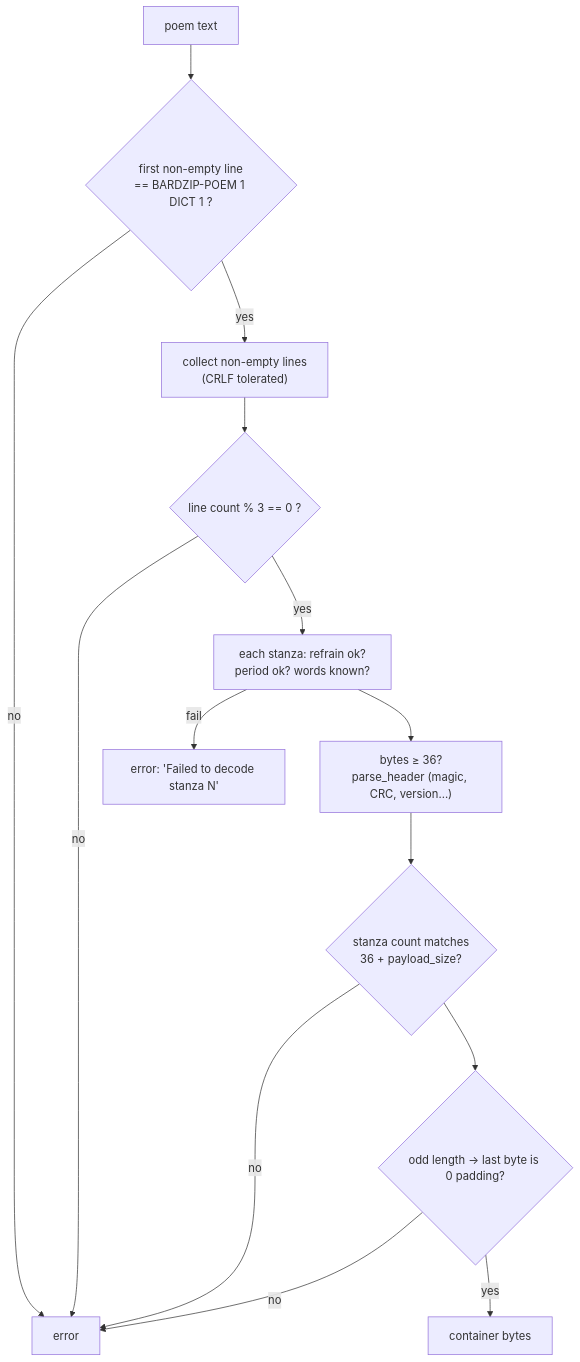
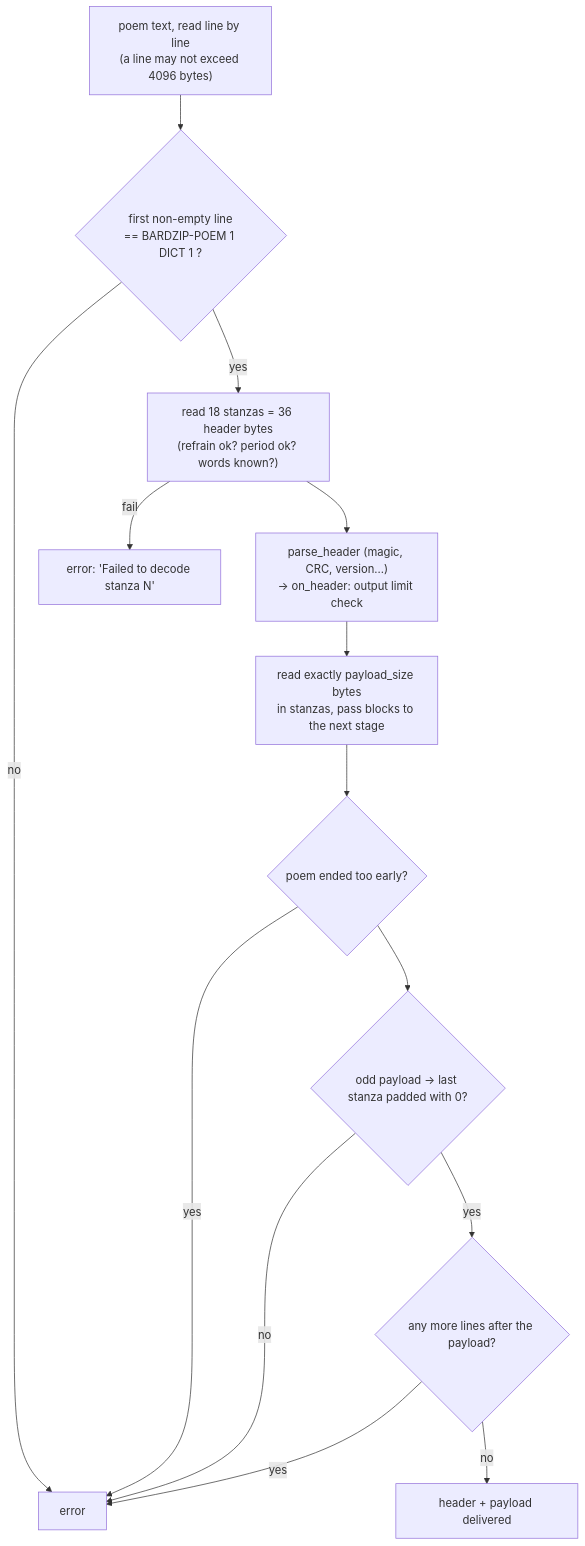
The fifth of 7 diagrams in docs/en/main-flow.md (Viole1/bard-zip), drawn with Mermaid before and after one commit. The commit also changed other lines of this file and 36 other files, not shown here.

````diff
--- a/docs/en/main-flow.md
+++ b/docs/en/main-flow.md
@@ -80,16 +89,16 @@
 ```mermaid
 flowchart TD
-    S["poem text"] --> H{"first non-empty line<br/>== BARDZIP-POEM 1 DICT 1 ?"}
+    S["poem text, read line by line<br/>(a line may not exceed 4096 bytes)"] --> H{"first non-empty line<br/>== BARDZIP-POEM 1 DICT 1 ?"}
     H -->|no| X["error"]
-    H -->|yes| L["collect non-empty lines<br/>(CRLF tolerated)"]
-    L --> M{"line count % 3 == 0 ?"}
-    M -->|no| X
-    M -->|yes| ST["each stanza: refrain ok?<br/>period ok? words known?"]
+    H -->|yes| ST["read 18 stanzas = 36 header bytes<br/>(refrain ok? period ok? words known?)"]
     ST -->|fail| X2["error: 'Failed to decode stanza N'"]
-    ST --> HD["bytes ≥ 36?<br/>parse_header (magic, CRC, version...)"]
-    HD --> LEN{"stanza count matches<br/>36 + payload_size?"}
-    LEN -->|no| X
-    LEN --> PAD{"odd length → last byte is 0 padding?"}
+    ST --> HD["parse_header (magic, CRC, version...)<br/>→ on_header: output limit check"]
+    HD --> PAY["read exactly payload_size bytes<br/>in stanzas, pass blocks to the next stage"]
+    PAY --> LEN{"poem ended too early?"}
+    LEN -->|yes| X
+    LEN --> PAD{"odd payload → last stanza padded with 0?"}
     PAD -->|no| X
-    PAD -->|yes| R["container bytes"]
+    PAD -->|yes| EX{"any more lines after the payload?"}
+    EX -->|yes| X
+    EX -->|no| R["header + payload delivered"]
 ```
````
